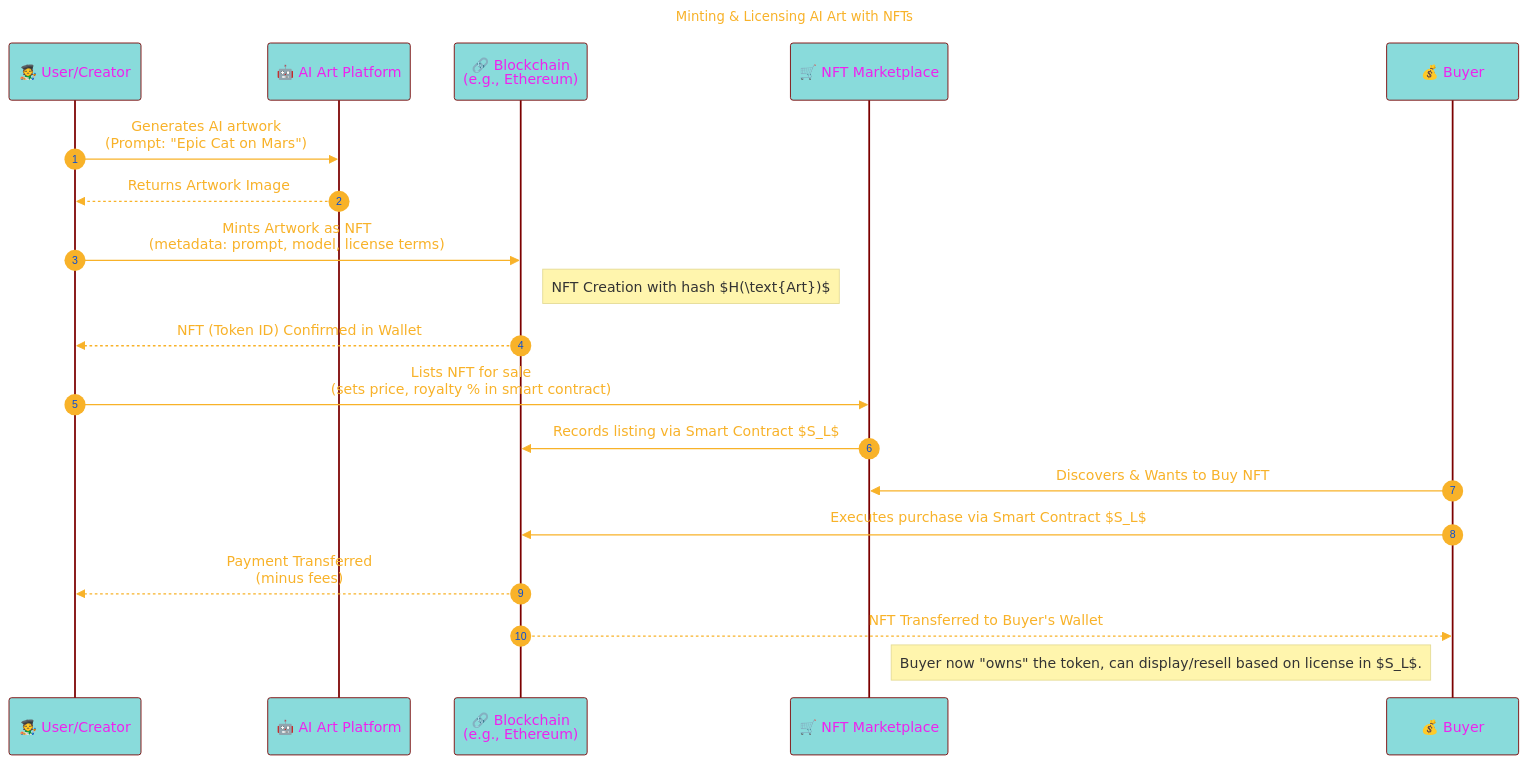
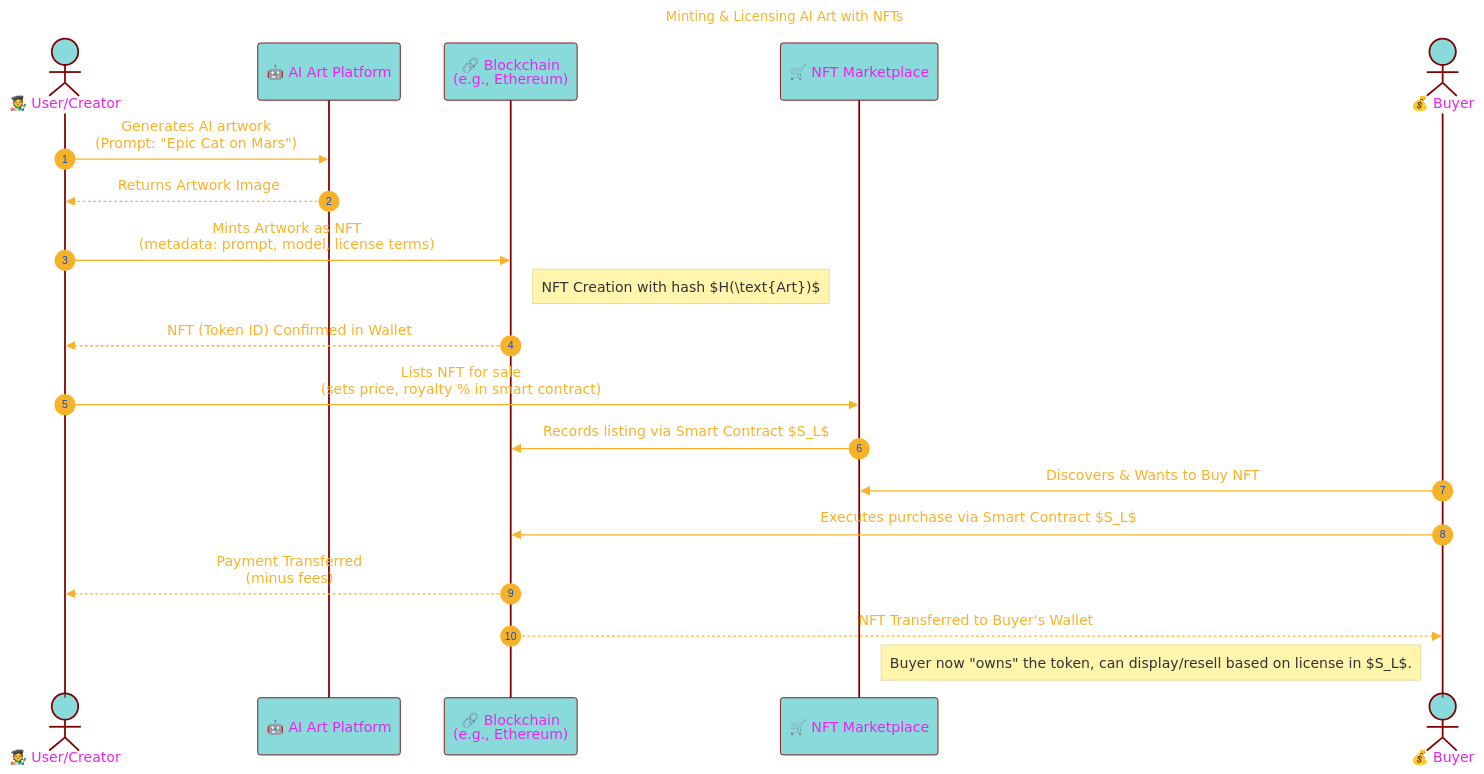
The sixth of 7 diagrams in THE_PAST/PART-4_Consolidated_info.md (CongLeSolutionX/Digital-Bedrock-Landscape), drawn with Mermaid before and after one commit.

````diff
--- a/THE_PAST/PART-4_Consolidated_info.md
+++ b/THE_PAST/PART-4_Consolidated_info.md
@@ -395,52 +395,52 @@
 ```mermaid
 ---
 title: "Minting & Licensing AI Art with NFTs"
 author: "Cong Le"
 version: "0.1"
 license(s): "MIT, CC BY 4.0"
 copyright: "Copyright (c) 2025 Cong Le. All Rights Reserved."
 config:
   layout: elk
   theme: base
 ---
 %%%%%%%% Mermaid version v11.4.1-b.14
 %%{
   init: {
     'sequence': { 'mirrorActors': true, 'showSequenceNumbers': true, 'actorMargin': 50 },
     'fontFamily': 'Monaco',
     'themeVariables': {
       'primaryColor': '#2BB8',
       'primaryBorderColor': '#7C0000',
       'lineColor': '#F8B229',
       'secondaryColor': '#6122',
       'tertiaryColor': '#fff',
       'fontSize': '15px',
       'textColor': '#F8B229',
       'actorTextColor': '#E2E',
       'stroke':'#033',
       'stroke-width': '0.2px'
     }
   }
 }%%
 sequenceDiagram
-    participant User as 🧑‍🎨 User/Creator
+    actor User as 🧑‍🎨 User/Creator
     participant AIP_Platform as 🤖 AI Art Platform
     participant Blockchain as 🔗 Blockchain <br/>(e.g., Ethereum)
     participant Marketplace as 🛒 NFT Marketplace
-    participant Buyer as 💰 Buyer
+    actor Buyer as 💰 Buyer
 
     User->>AIP_Platform: Generates AI artwork <br/>(Prompt: "Epic Cat on Mars")
     AIP_Platform-->>User: Returns Artwork Image
     User->>Blockchain: Mints Artwork as NFT <br/>(metadata: prompt, model, license terms)
     Note right of Blockchain: NFT Creation with hash $H(\text{Art})$
     Blockchain-->>User: NFT (Token ID) Confirmed in Wallet
 
     User->>Marketplace: Lists NFT for sale <br/>(sets price, royalty % in smart contract)
     Marketplace->>Blockchain: Records listing via Smart Contract $S_L$
 
     Buyer->>Marketplace: Discovers & Wants to Buy NFT
     Buyer->>Blockchain: Executes purchase via Smart Contract $S_L$
     Blockchain-->>User: Payment Transferred <br/>(minus fees)
     Blockchain-->>Buyer: NFT Transferred to Buyer's Wallet
     Note left of Buyer: Buyer now "owns" the token, can display/resell based on license in $S_L$.
 ```
````
